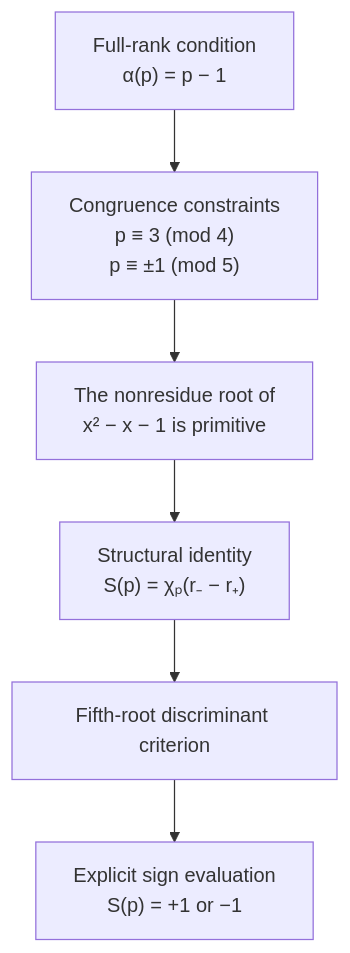
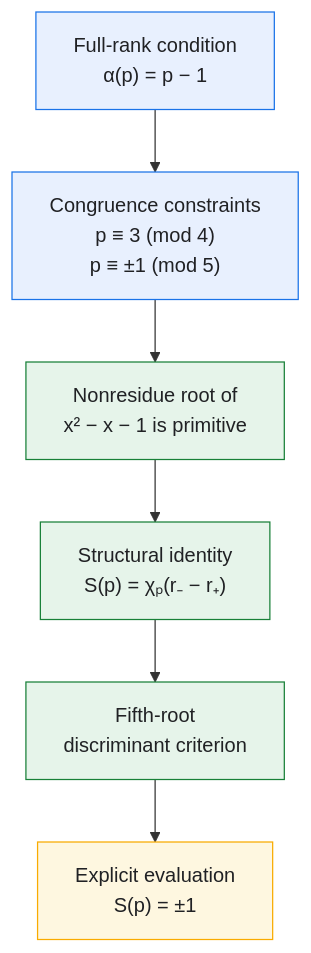
One commit to Majid-Ghandali/fibonacci-character-sum-full-rank changed the first of 2 diagrams in README.md. Above: the diagram before and after it, drawn with Mermaid. The commit also changed other lines of this file, not shown here.

````diff
--- a/README.md
+++ b/README.md
@@ -125,15 +129,23 @@
 ```mermaid
 flowchart TD
     A["Full-rank condition<br/>α(p) = p − 1"]
     B["Congruence constraints<br/>p ≡ 3 (mod 4)<br/>p ≡ ±1 (mod 5)"]
-    C["The nonresidue root of<br/>x² − x − 1 is primitive"]
+    C["Nonresidue root of<br/>x² − x − 1 is primitive"]
     D["Structural identity<br/>S(p) = χₚ(r₋ − r₊)"]
-    E["Fifth-root discriminant criterion"]
-    F["Explicit sign evaluation<br/>S(p) = +1 or −1"]
+    E["Fifth-root<br/>discriminant criterion"]
+    F["Explicit evaluation<br/>S(p) = ±1"]
 
     A --> B
     B --> C
     C --> D
     D --> E
     E --> F
+
+    classDef condition fill:#E8F0FE,stroke:#1A73E8,color:#202124;
+    classDef mechanism fill:#E6F4EA,stroke:#188038,color:#202124;
+    classDef conclusion fill:#FEF7E0,stroke:#F9AB00,color:#202124;
+
+    class A,B condition;
+    class C,D,E mechanism;
+    class F conclusion;
 ```
````
